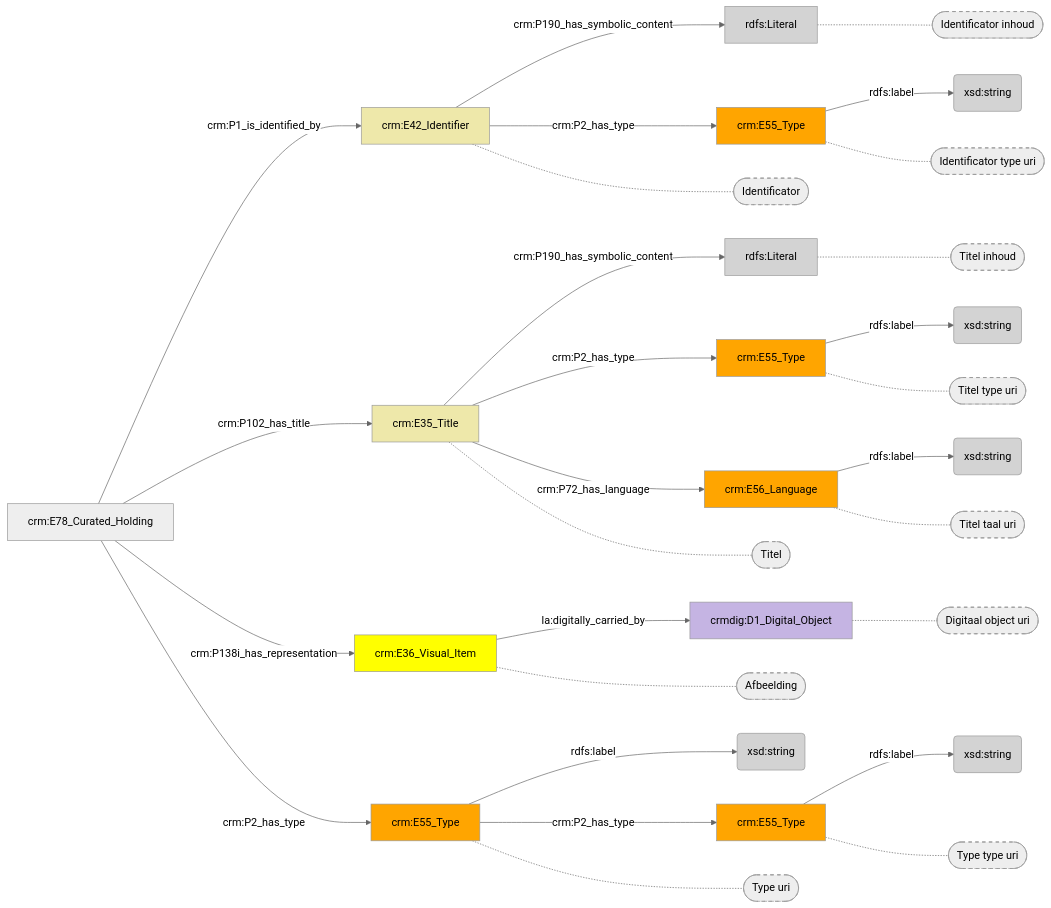
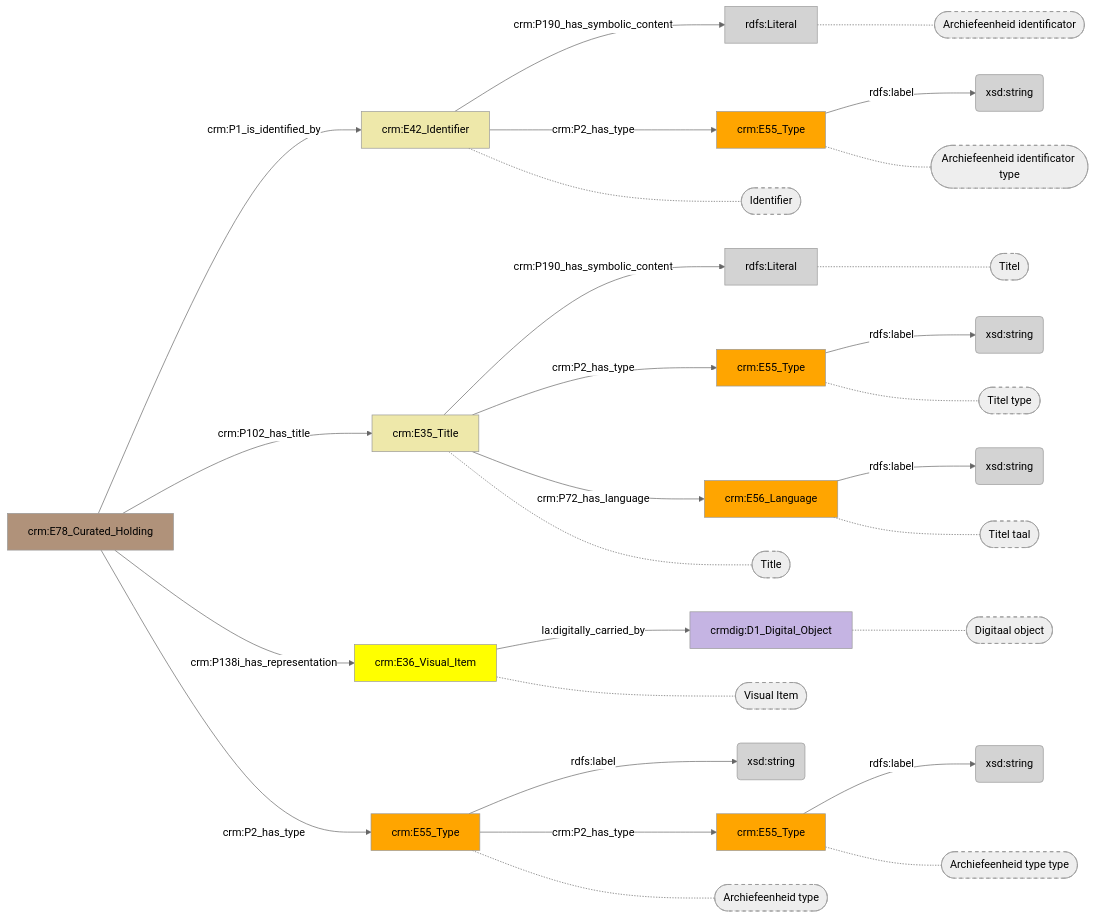
The diagram in docs/content/modellen/ArchivalUnit/Identificatie.md (digipolisantwerpdocumentation/antwerp-cultureel-erfgoed), drawn with Mermaid (neutral theme) before and after one commit. The commit also changed 173 other files, not shown here.

````diff
--- a/docs/content/modellen/ArchivalUnit/Identificatie.md
+++ b/docs/content/modellen/ArchivalUnit/Identificatie.md
@@ -1,57 +1,58 @@
 ```mermaid
 graph LR
 3b219d7a-04fb-11ee-9497-96a6d2455259["crm:E42_Identifier"]-->|"crm:P190_has_symbolic_content"|3b21ac02-04fb-11ee-9497-96a6d2455259(rdfs:Literal)
 3b21a068-04fb-11ee-9497-96a6d2455259["crm:E35_Title"]-->|"crm:P190_has_symbolic_content"|3b21ade2-04fb-11ee-9497-96a6d2455259(rdfs:Literal)
 3b21a1da-04fb-11ee-9497-96a6d2455259["crm:E55_Type"]-->|"rdfs:label"|3b21af22-04fb-11ee-9497-96a6d2455259(xsd:string)
 3b21ac52-04fb-11ee-9497-96a6d2455259["crm:E55_Type"]-->|"rdfs:label"|3b21aca2-04fb-11ee-9497-96a6d2455259(xsd:string)
 3b21acf2-04fb-11ee-9497-96a6d2455259["crm:E56_Language"]-->|"rdfs:label"|3b21ae32-04fb-11ee-9497-96a6d2455259(xsd:string)
 3b21ad92-04fb-11ee-9497-96a6d2455259["crm:E55_Type"]-->|"rdfs:label"|3b21ad42-04fb-11ee-9497-96a6d2455259(xsd:string)
 3b21ae82-04fb-11ee-9497-96a6d2455259["crm:E55_Type"]-->|"rdfs:label"|3b21aed2-04fb-11ee-9497-96a6d2455259(xsd:string)
 3b219d7a-04fb-11ee-9497-96a6d2455259["crm:E42_Identifier"]-->|"crm:P2_has_type"|3b21ac52-04fb-11ee-9497-96a6d2455259["crm:E55_Type"]
 3b21a068-04fb-11ee-9497-96a6d2455259["crm:E35_Title"]-->|"crm:P2_has_type"|3b21ad92-04fb-11ee-9497-96a6d2455259["crm:E55_Type"]
 3b21a068-04fb-11ee-9497-96a6d2455259["crm:E35_Title"]-->|"crm:P72_has_language"|3b21acf2-04fb-11ee-9497-96a6d2455259["crm:E56_Language"]
 3b21a1da-04fb-11ee-9497-96a6d2455259["crm:E55_Type"]-->|"crm:P2_has_type"|3b21ae82-04fb-11ee-9497-96a6d2455259["crm:E55_Type"]
 3b21a4e6-04fb-11ee-9497-96a6d2455259["crm:E36_Visual_Item"]-->|"la:digitally_carried_by"|3b21b10c-04fb-11ee-9497-96a6d2455259["crmdig:D1_Digital_Object"]
 3b21a73e-04fb-11ee-9497-96a6d2455259["crm:E78_Curated_Holding"]-->|"crm:P1_is_identified_by"|3b219d7a-04fb-11ee-9497-96a6d2455259["crm:E42_Identifier"]
 3b21a73e-04fb-11ee-9497-96a6d2455259["crm:E78_Curated_Holding"]-->|"crm:P102_has_title"|3b21a068-04fb-11ee-9497-96a6d2455259["crm:E35_Title"]
 3b21a73e-04fb-11ee-9497-96a6d2455259["crm:E78_Curated_Holding"]-->|"crm:P138i_has_representation"|3b21a4e6-04fb-11ee-9497-96a6d2455259["crm:E36_Visual_Item"]
 3b21a73e-04fb-11ee-9497-96a6d2455259["crm:E78_Curated_Holding"]-->|"crm:P2_has_type"|3b21a1da-04fb-11ee-9497-96a6d2455259["crm:E55_Type"]
-3b21ac02-04fb-11ee-9497-96a6d2455259["rdfs:Literal"]-.-3b21ac02-04fb-11ee-9497-96a6d2455259_s(["Identificator inhoud"])
-3b21ac52-04fb-11ee-9497-96a6d2455259["crm:E55_Type"]-.-3b21ac52-04fb-11ee-9497-96a6d2455259_s(["Identificator type uri"])
-3b21ade2-04fb-11ee-9497-96a6d2455259["rdfs:Literal"]-.-3b21ade2-04fb-11ee-9497-96a6d2455259_s(["Titel inhoud"])
-3b21ad92-04fb-11ee-9497-96a6d2455259["crm:E55_Type"]-.-3b21ad92-04fb-11ee-9497-96a6d2455259_s(["Titel type uri"])
-3b21acf2-04fb-11ee-9497-96a6d2455259["crm:E56_Language"]-.-3b21acf2-04fb-11ee-9497-96a6d2455259_s(["Titel taal uri"])
-3b21ae82-04fb-11ee-9497-96a6d2455259["crm:E55_Type"]-.-3b21ae82-04fb-11ee-9497-96a6d2455259_s(["Type type uri"])
-3b21b10c-04fb-11ee-9497-96a6d2455259["crmdig:D1_Digital_Object"]-.-3b21b10c-04fb-11ee-9497-96a6d2455259_s(["Digitaal object uri"])
-3b219d7a-04fb-11ee-9497-96a6d2455259["crm:E42_Identifier"]-.-3b219d7a-04fb-11ee-9497-96a6d2455259_s(["Identificator"])
-3b21a068-04fb-11ee-9497-96a6d2455259["crm:E35_Title"]-.-3b21a068-04fb-11ee-9497-96a6d2455259_s(["Titel"])
-3b21a4e6-04fb-11ee-9497-96a6d2455259["crm:E36_Visual_Item"]-.-3b21a4e6-04fb-11ee-9497-96a6d2455259_s(["Afbeelding"])
-3b21a1da-04fb-11ee-9497-96a6d2455259["crm:E55_Type"]-.-3b21a1da-04fb-11ee-9497-96a6d2455259_s(["Type uri"])
+3b21ac02-04fb-11ee-9497-96a6d2455259["rdfs:Literal"]-.-3b21ac02-04fb-11ee-9497-96a6d2455259_s(["Archiefeenheid identificator"])
+3b21ac52-04fb-11ee-9497-96a6d2455259["crm:E55_Type"]-.-3b21ac52-04fb-11ee-9497-96a6d2455259_s(["Archiefeenheid identificator type"])
+3b21ade2-04fb-11ee-9497-96a6d2455259["rdfs:Literal"]-.-3b21ade2-04fb-11ee-9497-96a6d2455259_s(["Titel"])
+3b21ad92-04fb-11ee-9497-96a6d2455259["crm:E55_Type"]-.-3b21ad92-04fb-11ee-9497-96a6d2455259_s(["Titel type"])
+3b21acf2-04fb-11ee-9497-96a6d2455259["crm:E56_Language"]-.-3b21acf2-04fb-11ee-9497-96a6d2455259_s(["Titel taal"])
+3b21ae82-04fb-11ee-9497-96a6d2455259["crm:E55_Type"]-.-3b21ae82-04fb-11ee-9497-96a6d2455259_s(["Archiefeenheid type type"])
+3b21b10c-04fb-11ee-9497-96a6d2455259["crmdig:D1_Digital_Object"]-.-3b21b10c-04fb-11ee-9497-96a6d2455259_s(["Digitaal object"])
+3b219d7a-04fb-11ee-9497-96a6d2455259["crm:E42_Identifier"]-.-3b219d7a-04fb-11ee-9497-96a6d2455259_s(["Identifier"])
+3b21a068-04fb-11ee-9497-96a6d2455259["crm:E35_Title"]-.-3b21a068-04fb-11ee-9497-96a6d2455259_s(["Title"])
+3b21a4e6-04fb-11ee-9497-96a6d2455259["crm:E36_Visual_Item"]-.-3b21a4e6-04fb-11ee-9497-96a6d2455259_s(["Visual Item"])
+3b21a1da-04fb-11ee-9497-96a6d2455259["crm:E55_Type"]-.-3b21a1da-04fb-11ee-9497-96a6d2455259_s(["Archiefeenheid type"])
 style 3b21ac02-04fb-11ee-9497-96a6d2455259_s stroke-dasharray: 5
 style 3b21ac52-04fb-11ee-9497-96a6d2455259_s stroke-dasharray: 5
 style 3b21ade2-04fb-11ee-9497-96a6d2455259_s stroke-dasharray: 5
 style 3b21ad92-04fb-11ee-9497-96a6d2455259_s stroke-dasharray: 5
 style 3b21acf2-04fb-11ee-9497-96a6d2455259_s stroke-dasharray: 5
 style 3b21ae82-04fb-11ee-9497-96a6d2455259_s stroke-dasharray: 5
 style 3b21b10c-04fb-11ee-9497-96a6d2455259_s stroke-dasharray: 5
 style 3b219d7a-04fb-11ee-9497-96a6d2455259_s stroke-dasharray: 5
 style 3b21a068-04fb-11ee-9497-96a6d2455259_s stroke-dasharray: 5
 style 3b21a4e6-04fb-11ee-9497-96a6d2455259_s stroke-dasharray: 5
 style 3b21a1da-04fb-11ee-9497-96a6d2455259_s stroke-dasharray: 5
 style 3b219d7a-04fb-11ee-9497-96a6d2455259 fill:#EEE8AA
 style 3b21a068-04fb-11ee-9497-96a6d2455259 fill:#EEE8AA
 style 3b21a1da-04fb-11ee-9497-96a6d2455259 fill:#ffa500
 style 3b21a4e6-04fb-11ee-9497-96a6d2455259 fill:#ffff00
+style 3b21a73e-04fb-11ee-9497-96a6d2455259 fill:#B0927A
 style 3b21ac02-04fb-11ee-9497-96a6d2455259 fill:#D3D3D3
 style 3b21ac52-04fb-11ee-9497-96a6d2455259 fill:#ffa500
 style 3b21aca2-04fb-11ee-9497-96a6d2455259 fill:#D3D3D3
 style 3b21acf2-04fb-11ee-9497-96a6d2455259 fill:#ffa500
 style 3b21ad42-04fb-11ee-9497-96a6d2455259 fill:#D3D3D3
 style 3b21ad92-04fb-11ee-9497-96a6d2455259 fill:#ffa500
 style 3b21ade2-04fb-11ee-9497-96a6d2455259 fill:#D3D3D3
 style 3b21ae32-04fb-11ee-9497-96a6d2455259 fill:#D3D3D3
 style 3b21ae82-04fb-11ee-9497-96a6d2455259 fill:#ffa500
 style 3b21aed2-04fb-11ee-9497-96a6d2455259 fill:#D3D3D3
 style 3b21af22-04fb-11ee-9497-96a6d2455259 fill:#D3D3D3
 style 3b21b10c-04fb-11ee-9497-96a6d2455259 fill:#C5B4E3
 ```
````
